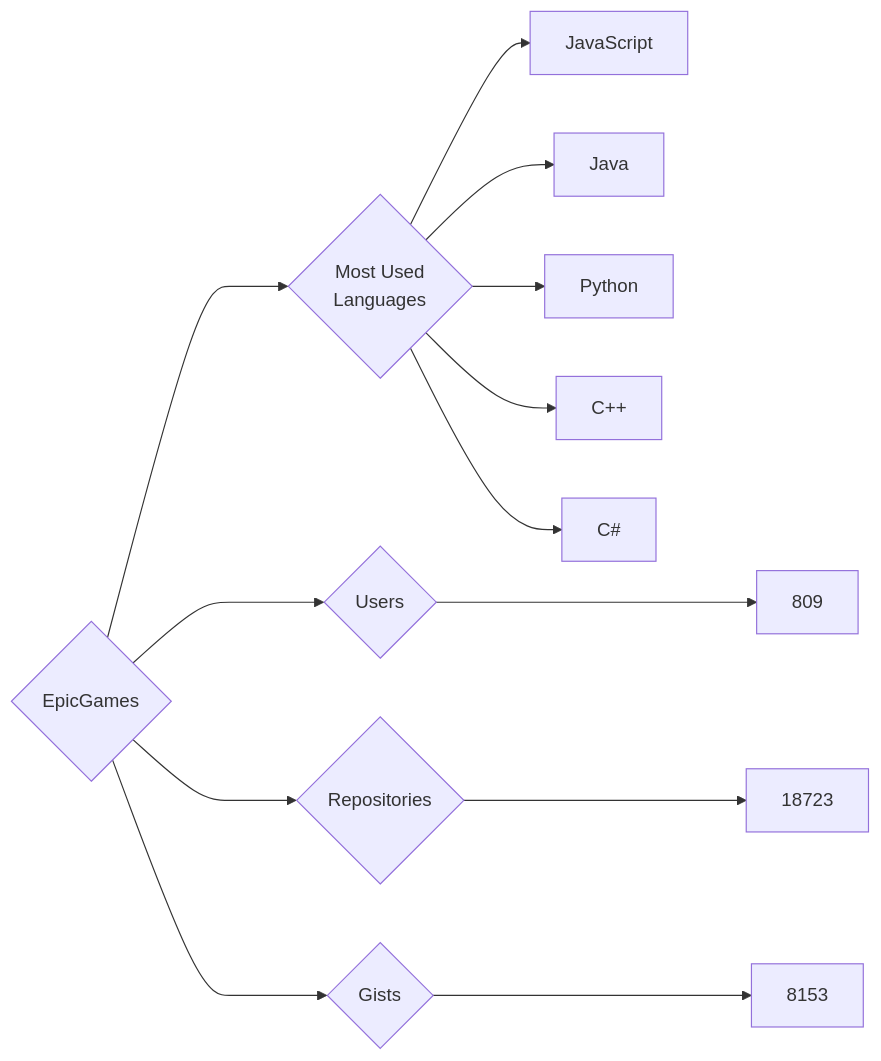
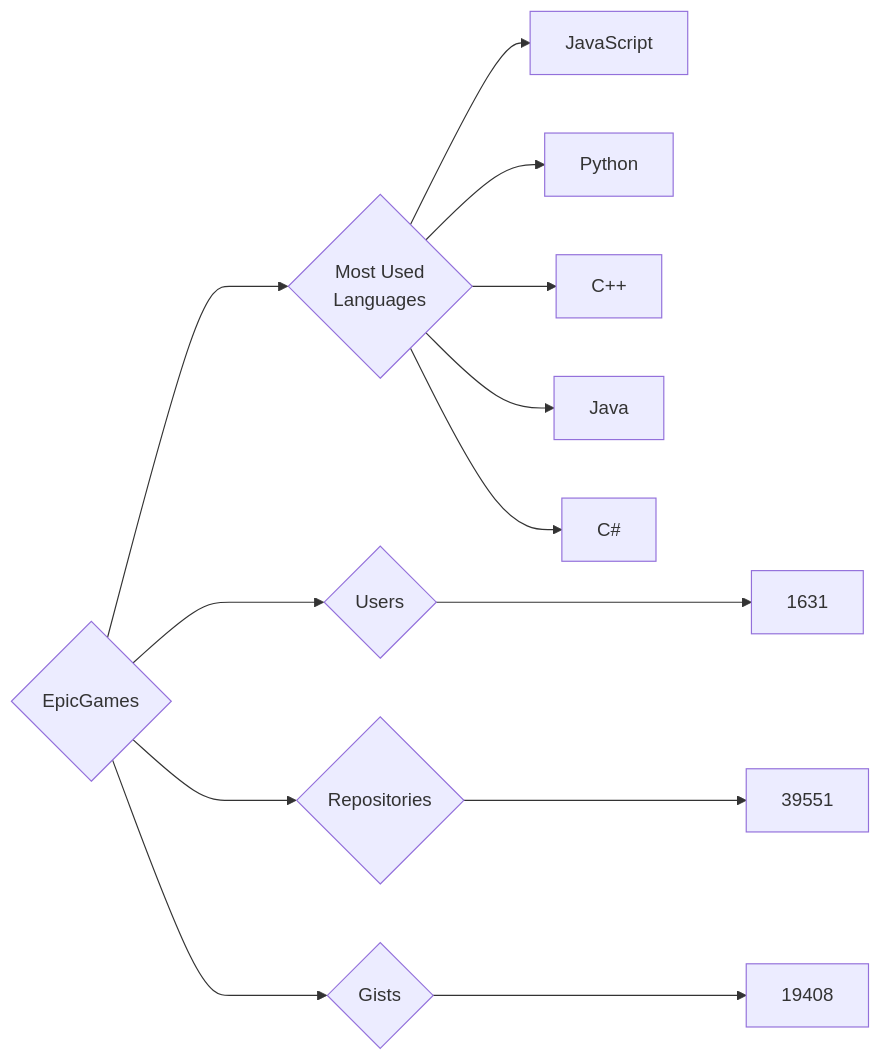
The diagram in targets/EpicGames/README.md (trickest/insiders), drawn with Mermaid before and after one commit. The commit also changed 860 other files, not shown here.

````diff
--- a/targets/EpicGames/README.md
+++ b/targets/EpicGames/README.md
@@ -3,13 +3,13 @@
 ```mermaid
 graph LR
 COMPANY_NAME{EpicGames}
-COMPANY_NAME ---> U{Users} ---> UN[809]
-COMPANY_NAME ---> R{Repositories} ---> RN[18723]
-COMPANY_NAME ---> G{Gists} ---> GN[8153]
+COMPANY_NAME ---> U{Users} ---> UN[1631]
+COMPANY_NAME ---> R{Repositories} ---> RN[39551]
+COMPANY_NAME ---> G{Gists} ---> GN[19408]
 COMPANY_NAME ---> ML{Most Used<br>Languages}
 ML --> JavaScript[JavaScript]
-ML --> Java[Java]
 ML --> Python[Python]
 ML --> C++[C++]
+ML --> Java[Java]
 ML --> C#[C#]
 ```
````
